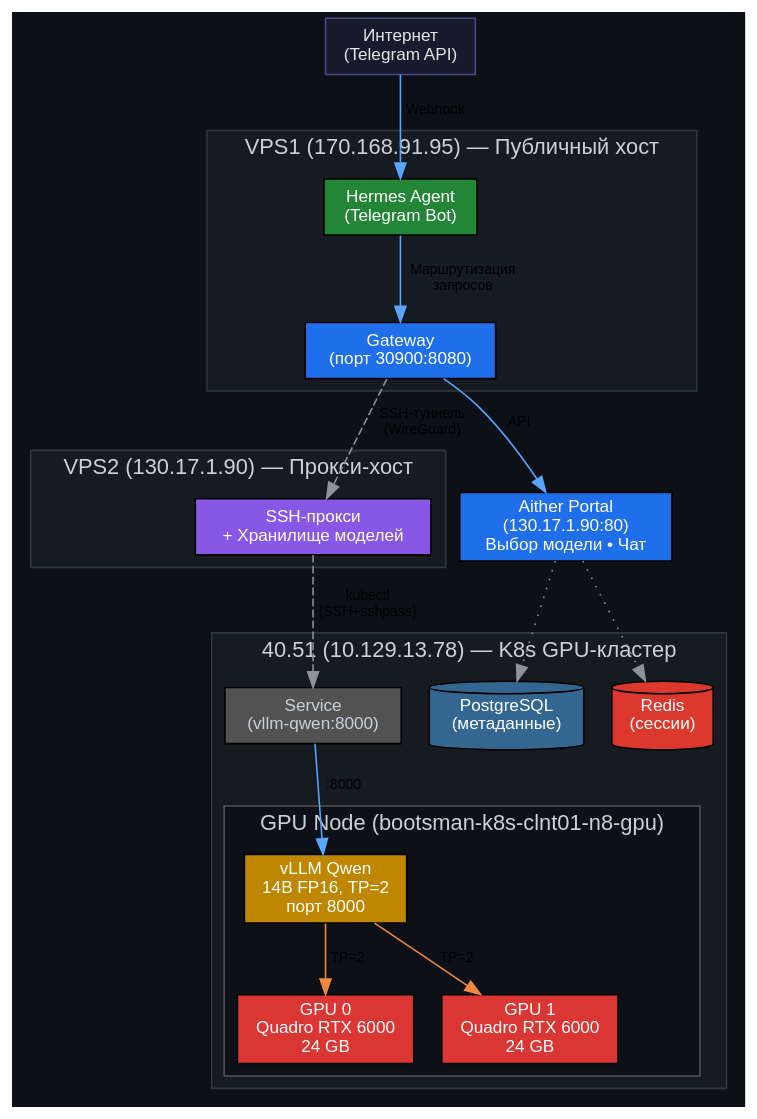
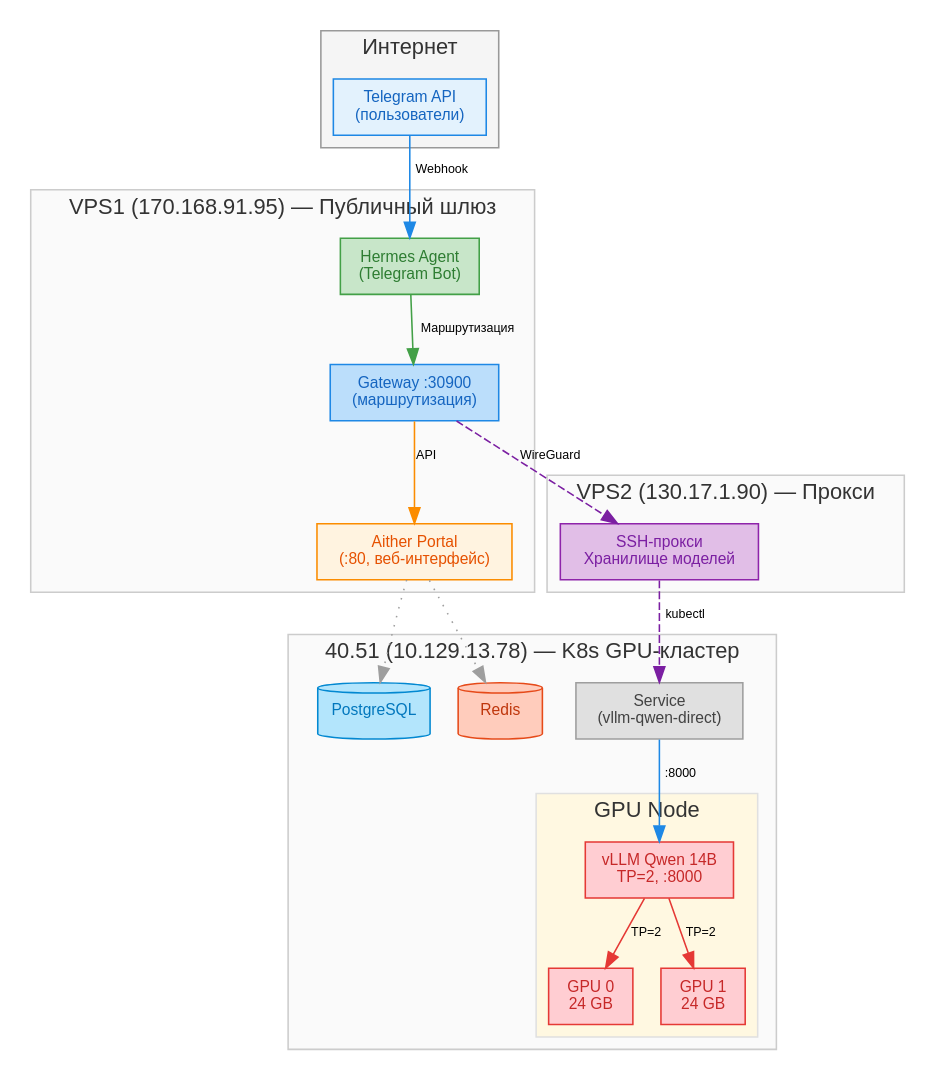
One commit to dedvmedved-dot/aither-project changed the diagram in diagrams/architecture.dot. Above: the diagram before and after it, drawn with Graphviz. The commit also changed 10 other files, not shown here.

Commit message:
docs: статья-учебник + 5 цветных схем (архитектура, GPU-стек, деплоймент, TP, поток запросов)

```diff
--- a/diagrams/architecture.dot
+++ b/diagrams/architecture.dot
@@ -1,71 +1,70 @@
-digraph AitherArchitecture {
+digraph Architecture {
     rankdir=TB;
-    bgcolor="#0d1117";
+    bgcolor="#ffffff";
     fontname="Helvetica";
     
-    node [fontname="Helvetica", fontsize=11, style=filled];
-    edge [fontname="Helvetica", fontsize=9, color="#8b9496"];
+    node [fontname="Helvetica", fontsize=10, style="filled", color="#333333"];
+    edge [fontname="Helvetica", fontsize=8, color="#666666"];
 
-    // Internet
-    internet [label="Интернет\n(Telegram API)", shape=cloud, fillcolor="#1a1a2e", fontcolor="#e6e6e6", color="#4a4a8a"];
-    
-    // VPS1
-    subgraph cluster_vps1 {
-        label="VPS1 (170.168.91.95) — Публичный хост";
-        fontcolor="#c9d1d9";
-        color="#30363d";
-        bgcolor="#161b22";
+    subgraph cluster_internet {
+        label="Интернет";
+        fontcolor="#333333";
+        color="#999999";
+        bgcolor="#f5f5f5";
         
-        hermes [label="Hermes Agent\n(Telegram Bot)", shape=box, fillcolor="#238636", fontcolor="#ffffff"];
-        gateway [label="Gateway\n(порт 30900:8080)", shape=box, fillcolor="#1f6feb", fontcolor="#ffffff"];
+        tg [label="Telegram API\n(пользователи)", shape=cloud, fillcolor="#e3f2fd", fontcolor="#1565c0", color="#1e88e5"];
     }
     
-    // VPS2
-    subgraph cluster_vps2 {
-        label="VPS2 (130.17.1.90) — Прокси-хост";
-        fontcolor="#c9d1d9";
-        color="#30363d";
-        bgcolor="#161b22";
+    subgraph cluster_vps1 {
+        label="VPS1 (170.168.91.95) — Публичный шлюз";
+        fontcolor="#333333";
+        color="#cccccc";
+        bgcolor="#fafafa";
         
-        proxy [label="SSH-прокси\n+ Хранилище моделей", shape=box, fillcolor="#8957e5", fontcolor="#ffffff"];
+        hermes [label="Hermes Agent\n(Telegram Bot)", shape=box, fillcolor="#c8e6c9", fontcolor="#2e7d32", color="#43a047"];
+        gateway [label="Gateway :30900\n(маршрутизация)", shape=box, fillcolor="#bbdefb", fontcolor="#1565c0", color="#1e88e5"];
+        portal [label="Aither Portal\n(:80, веб-интерфейс)", shape=box, fillcolor="#fff3e0", fontcolor="#e65100", color="#fb8c00"];
     }
     
-    // K8s
+    subgraph cluster_vps2 {
+        label="VPS2 (130.17.1.90) — Прокси";
+        fontcolor="#333333";
+        color="#cccccc";
+        bgcolor="#fafafa";
+        
+        proxy [label="SSH-прокси\nХранилище моделей", shape=box, fillcolor="#e1bee7", fontcolor="#7b1fa2", color="#8e24aa"];
+    }
+    
     subgraph cluster_k8s {
         label="40.51 (10.129.13.78) — K8s GPU-кластер";
-        fontcolor="#c9d1d9";
-        color="#30363d";
-        bgcolor="#161b22";
+        fontcolor="#333333";
+        color="#cccccc";
+        bgcolor="#fafafa";
         
         subgraph cluster_gpu {
-            label="GPU Node (bootsman-k8s-clnt01-n8-gpu)";
-            fontcolor="#c9d1d9";
-            color="#525252";
-            bgcolor="#0d1117";
+            label="GPU Node";
+            fontcolor="#333333";
+            color="#e0e0e0";
+            bgcolor="#fff8e1";
             
-            gpu0 [label="GPU 0\nQuadro RTX 6000\n24 GB", shape=box, fillcolor="#da3633", fontcolor="#ffffff"];
-            gpu1 [label="GPU 1\nQuadro RTX 6000\n24 GB", shape=box, fillcolor="#da3633", fontcolor="#ffffff"];
-            
-            qwen [label="vLLM Qwen\n14B FP16, TP=2\nпорт 8000", shape=box, fillcolor="#bf8700", fontcolor="#ffffff"];
+            qwen [label="vLLM Qwen 14B\nTP=2, :8000", shape=box, fillcolor="#ffcdd2", fontcolor="#c62828", color="#e53935"];
+            gpu0 [label="GPU 0\n24 GB", shape=box, fillcolor="#ffcdd2", fontcolor="#c62828", color="#e53935"];
+            gpu1 [label="GPU 1\n24 GB", shape=box, fillcolor="#ffcdd2", fontcolor="#c62828", color="#e53935"];
         }
         
-        postgres [label="PostgreSQL\n(метаданные)", shape=cylinder, fillcolor="#336791", fontcolor="#ffffff"];
-        redis [label="Redis\n(сессии)", shape=cylinder, fillcolor="#dc382d", fontcolor="#ffffff"];
-        svc [label="Service\n(vllm-qwen:8000)", shape=box, fillcolor="#525252", fontcolor="#c9d1d9"];
+        postgres [label="PostgreSQL", shape=cylinder, fillcolor="#b3e5fc", fontcolor="#0277bd", color="#0288d1"];
+        redis [label="Redis", shape=cylinder, fillcolor="#ffccbc", fontcolor="#bf360c", color="#e64a19"];
+        svc [label="Service\n(vllm-qwen-direct)", shape=box, fillcolor="#e0e0e0", fontcolor="#424242", color="#9e9e9e"];
     }
     
-    // Portal
-    portal [label="Aither Portal\n(130.17.1.90:80)\nВыбор модели • Чат", shape=box, fillcolor="#1f6feb", fontcolor="#ffffff"];
-    
-    // Connections
-    internet -> hermes [label=" Webhook", color="#58a6ff"];
-    hermes -> gateway [label=" Маршрутизация\nзапросов", color="#58a6ff"];
-    gateway -> proxy [label=" SSH-туннель\n(WireGuard)", color="#8b9496", style=dashed];
-    proxy -> svc [label=" kubectl\n(SSH+sshpass)", color="#8b9496", style=dashed];
-    svc -> qwen [label=" :8000", color="#58a6ff"];
-    qwen -> gpu0 [label=" TP=2", color="#f0883e"];
-    qwen -> gpu1 [label=" TP=2", color="#f0883e"];
-    gateway -> portal [label=" API", color="#58a6ff"];
-    portal -> postgres [label=" ", color="#8b9496", style=dotted];
-    portal -> redis [label=" ", color="#8b9496", style=dotted];
+    tg -> hermes [label=" Webhook", color="#1e88e5"];
+    hermes -> gateway [label=" Маршрутизация", color="#43a047"];
+    gateway -> proxy [label=" WireGuard", color="#7b1fa2", style=dashed];
+    proxy -> svc [label=" kubectl", color="#7b1fa2", style=dashed];
+    svc -> qwen [label=" :8000", color="#1e88e5"];
+    qwen -> gpu0 [label=" TP=2", color="#e53935"];
+    qwen -> gpu1 [label=" TP=2", color="#e53935"];
+    gateway -> portal [label=" API", color="#fb8c00"];
+    portal -> postgres [style=dotted, color="#9e9e9e"];
+    portal -> redis [style=dotted, color="#9e9e9e"];
 }
```
